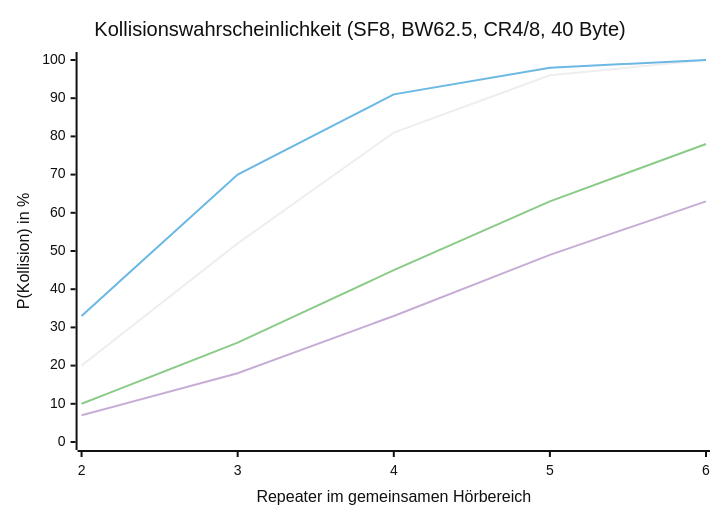
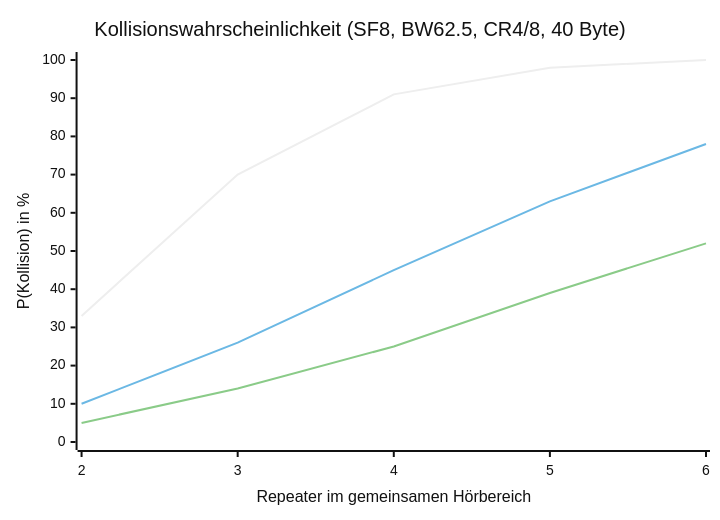
One commit to meshrheinland/website changed the diagram in docs/meshcore/kollisionsanalyse.mdx. Above: the diagram before and after it, drawn with Mermaid (neutral theme). The commit also changed other lines of this file and 1 other file, not shown here.

````diff
--- a/docs/meshcore/kollisionsanalyse.mdx
+++ b/docs/meshcore/kollisionsanalyse.mdx
@@ -127,10 +113,9 @@
 ```mermaid
 xychart-beta
     title "Kollisionswahrscheinlichkeit (SF8, BW62.5, CR4/8, 40 Byte)"
     x-axis "Repeater im gemeinsamen Hörbereich" [2, 3, 4, 5, 6]
     y-axis "P(Kollision) in %" 0 --> 100
-    line "5 Slots (Basis-Mesh)" [20, 52, 81, 96, 100]
     line "txdelay 0.5 (Default)" [33, 70, 91, 98, 100]
     line "txdelay 2.0 (Max)" [10, 26, 45, 63, 78]
-    line "txdelay 3.0 (kein Cap)" [7, 18, 33, 49, 63]
+    line "txdelay 4.0" [5, 14, 25, 39, 52]
 ```
````
